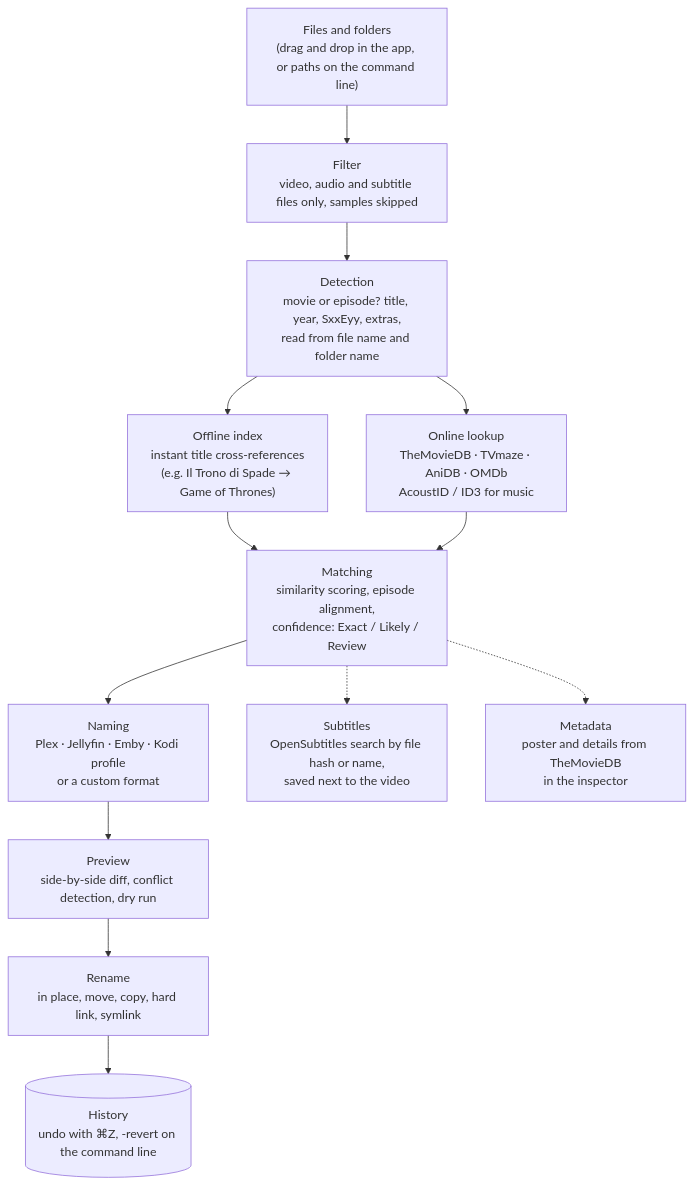
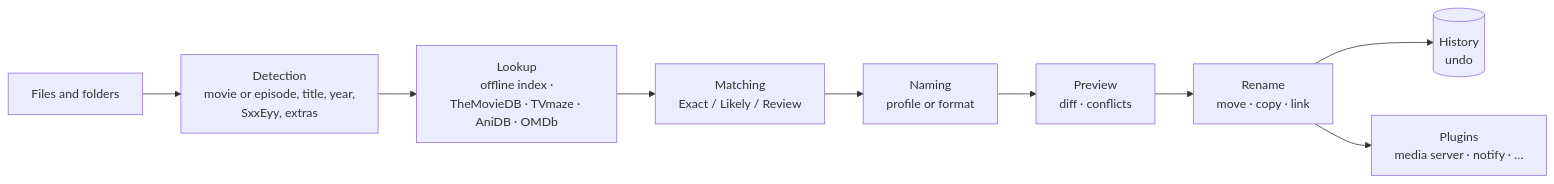
The diagram in README.md (m4st3r-0day/ReNameo), drawn with Mermaid before and after one commit. The commit also changed other lines of this file and 10 other files, not shown here.

````diff
--- a/README.md
+++ b/README.md
@@ -61,15 +206,11 @@
 ```mermaid
-flowchart TD
-    A["Files and folders<br/>(drag and drop in the app, or paths on the command line)"] --> B["Filter<br/>video, audio and subtitle files only, samples skipped"]
-    B --> C["Detection<br/>movie or episode? title, year, SxxEyy, extras,<br/>read from file name and folder name"]
-    C --> D["Offline index<br/>instant title cross-references<br/>(e.g. Il Trono di Spade → Game of Thrones)"]
-    C --> E["Online lookup<br/>TheMovieDB · TVmaze · AniDB · OMDb<br/>AcoustID / ID3 for music"]
-    D --> F
-    E --> F["Matching<br/>similarity scoring, episode alignment,<br/>confidence: Exact / Likely / Review"]
-    F --> G["Naming<br/>Plex · Jellyfin · Emby · Kodi profile<br/>or a custom format"]
-    G --> H["Preview<br/>side-by-side diff, conflict detection, dry run"]
-    H --> I["Rename<br/>in place, move, copy, hard link, symlink"]
-    I --> J[("History<br/>undo with ⌘Z, -revert on the command line")]
-    F -.-> K["Subtitles<br/>OpenSubtitles search by file hash or name,<br/>saved next to the video"]
-    F -.-> L["Metadata<br/>poster and details from TheMovieDB<br/>in the inspector"]
+flowchart LR
+    A["Files and folders"] --> B["Detection<br/>movie or episode, title, year,<br/>SxxEyy, extras"]
+    B --> C["Lookup<br/>offline index ·<br/>TheMovieDB · TVmaze · AniDB · OMDb"]
+    C --> D["Matching<br/>Exact / Likely / Review"]
+    D --> E["Naming<br/>profile or format"]
+    E --> F["Preview<br/>diff · conflicts"]
+    F --> G["Rename<br/>move · copy · link"]
+    G --> H[("History<br/>undo")]
+    G --> I["Plugins<br/>media server · notify · …"]
 ```
````
